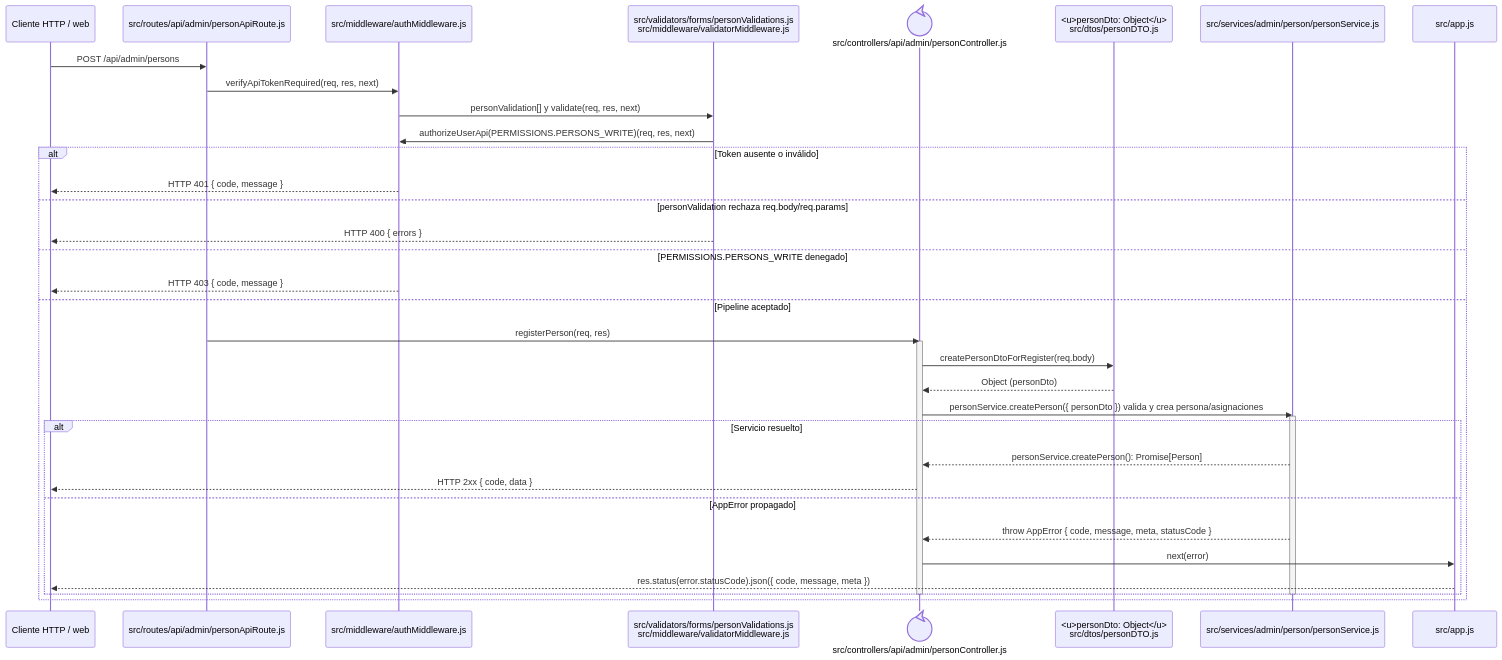
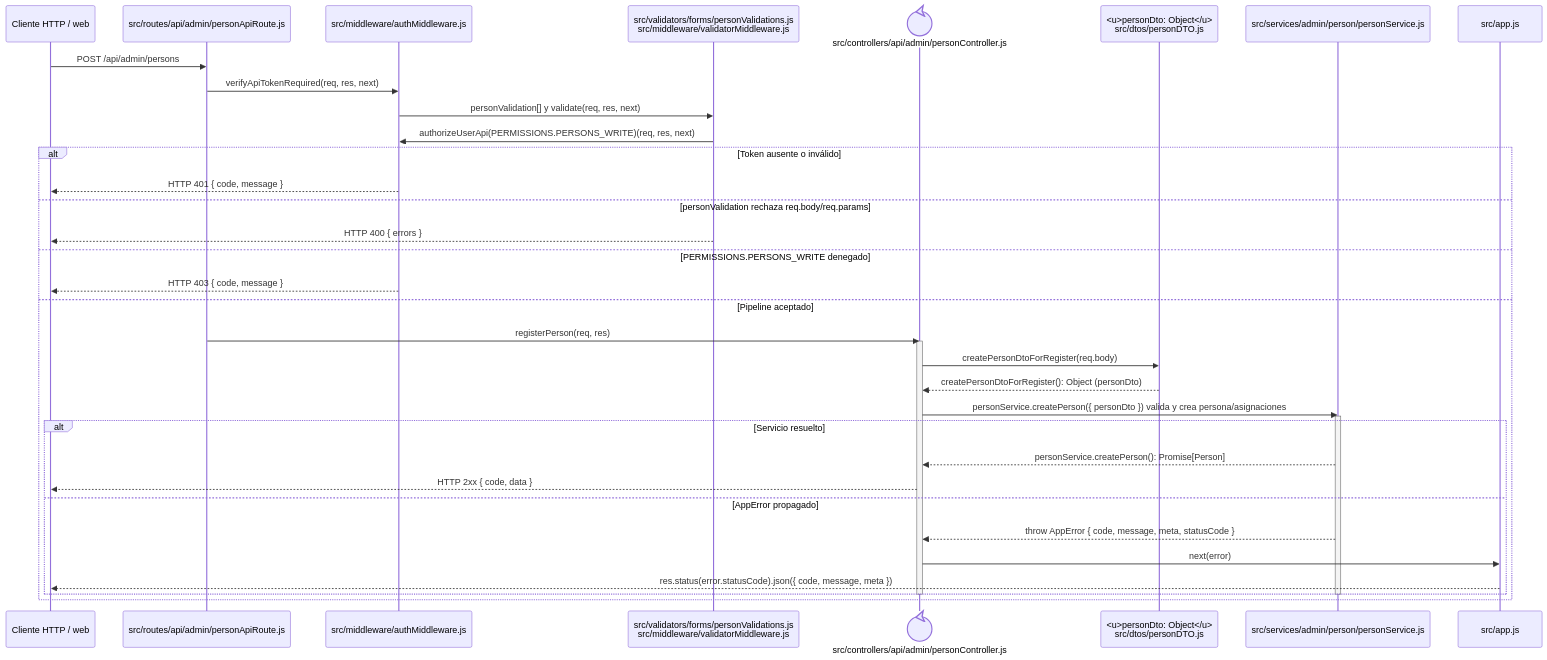
One commit to gpgsistemas01/nexus changed the diagram in docs/architecture/backend-code-sequences/identity-access/cu-ida-02.md. Above: the diagram before and after it, drawn with Mermaid. The commit also changed 50 other files, not shown here.

Commit message:
docs: separar llamadas en diagramas de secuencia

````diff
--- a/docs/architecture/backend-code-sequences/identity-access/cu-ida-02.md
+++ b/docs/architecture/backend-code-sequences/identity-access/cu-ida-02.md
@@ -6,40 +6,40 @@
 ```mermaid
 sequenceDiagram
     participant Client as Cliente HTTP / web
     participant Route as src/routes/api/admin/personApiRoute.js
     participant Auth as src/middleware/authMiddleware.js
     participant Validator as src/validators/forms/personValidations.js<br/>src/middleware/validatorMiddleware.js
     participant Controller@{ "type": "control" } as src/controllers/api/admin/personController.js
     participant PersonDto as <u>personDto: Object</u><br/>src/dtos/personDTO.js
     participant Domain as src/services/admin/person/personService.js
     participant ErrorHandler as src/app.js
 
     Client->>Route: POST /api/admin/persons
     Route->>Auth: verifyApiTokenRequired(req, res, next)
     Auth->>Validator: personValidation[] y validate(req, res, next)
     Validator->>Auth: authorizeUserApi(PERMISSIONS.PERSONS_WRITE)(req, res, next)
     alt Token ausente o inválido
         Auth-->>Client: HTTP 401 { code, message }
     else personValidation rechaza req.body/req.params
         Validator-->>Client: HTTP 400 { errors }
     else PERMISSIONS.PERSONS_WRITE denegado
         Auth-->>Client: HTTP 403 { code, message }
     else Pipeline aceptado
         Route->>Controller: registerPerson(req, res)
         activate Controller
         Controller->>PersonDto: createPersonDtoForRegister(req.body)
-        PersonDto-->>Controller: Object (personDto)
+        PersonDto-->>Controller: createPersonDtoForRegister(): Object (personDto)
         Controller->>Domain: personService.createPerson({ personDto }) valida y crea persona/asignaciones
         activate Domain
         alt Servicio resuelto
             Domain-->>Controller: personService.createPerson(): Promise[Person]
             Controller-->>Client: HTTP 2xx { code, data }
         else AppError propagado
             Domain-->>Controller: throw AppError { code, message, meta, statusCode }
             Controller->>ErrorHandler: next(error)
             ErrorHandler-->>Client: res.status(error.statusCode).json({ code, message, meta })
         end
         deactivate Domain
         deactivate Controller
     end
 ```
````
